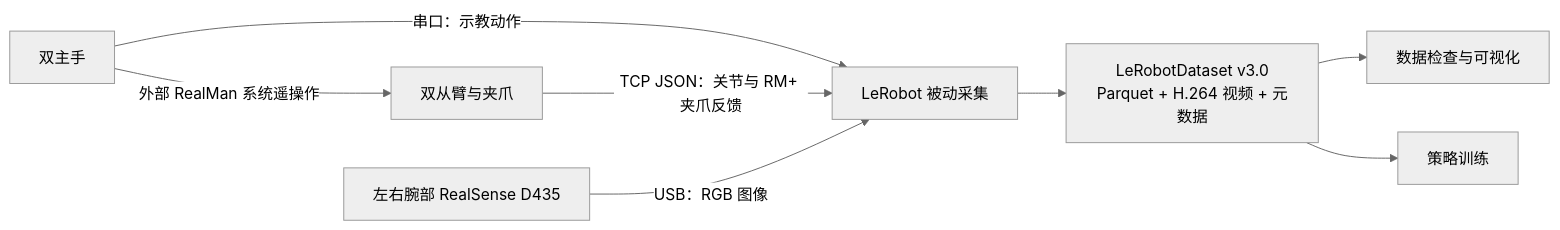
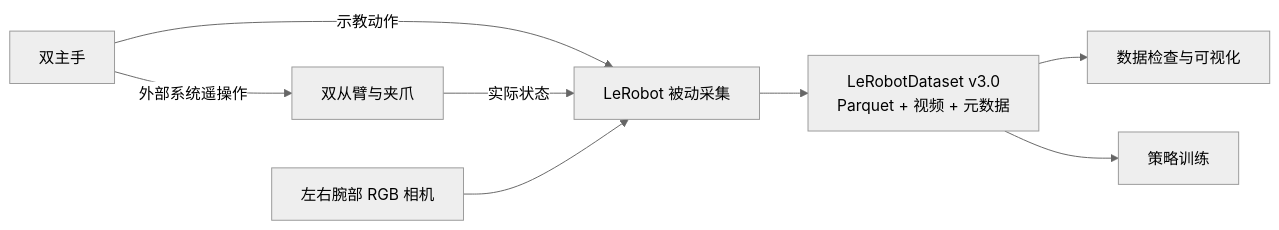
One commit to JIA-Z423/lerobot-realman changed the diagram in README.md. Above: the diagram before and after it, drawn with Mermaid (neutral theme). The commit also changed other lines of this file and 4 other files, not shown here.

````diff
--- a/README.md
+++ b/README.md
@@ -54,10 +38,10 @@
 ```mermaid
 flowchart LR
-    M["双主手"] -->|"外部 RealMan 系统遥操作"| F["双从臂与夹爪"]
-    M -->|"串口：示教动作"| R["LeRobot 被动采集"]
-    F -->|"TCP JSON：关节与 RM+ 夹爪反馈"| R
-    C["左右腕部 RealSense D435"] -->|"USB：RGB 图像"| R
-    R --> D["LeRobotDataset v3.0<br/>Parquet + H.264 视频 + 元数据"]
+    M["双主手"] -->|外部系统遥操作| F["双从臂与夹爪"]
+    M -->|示教动作| R["LeRobot 被动采集"]
+    F -->|实际状态| R
+    C["左右腕部 RGB 相机"] --> R
+    R --> D["LeRobotDataset v3.0<br/>Parquet + 视频 + 元数据"]
     D --> V["数据检查与可视化"]
     D --> T["策略训练"]
 ```
````
